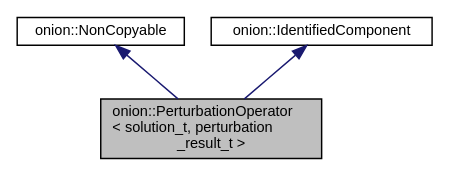
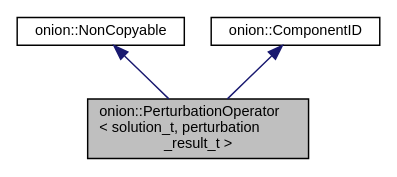
The diagram in classonion_1_1_perturbation_operator__inherit__graph.dot (OnionFramework/OnionFramework.github.io), drawn with Graphviz before and after one commit. The commit also changed 233 other files, not shown here.

```diff
--- a/classonion_1_1_perturbation_operator__inherit__graph.dot
+++ b/classonion_1_1_perturbation_operator__inherit__graph.dot
@@ -1,11 +1,11 @@
 digraph "onion::PerturbationOperator&lt; solution_t, perturbation_result_t &gt;"
 {
  // LATEX_PDF_SIZE
   edge [fontname="Helvetica",fontsize="10",labelfontname="Helvetica",labelfontsize="10"];
   node [fontname="Helvetica",fontsize="10",shape=record];
-  Node1 [label="onion::PerturbationOperator\l\< solution_t, perturbation\l_result_t \>",height=0.2,width=0.4,color="black", fillcolor="grey75", style="filled", fontcolor="black",tooltip="Defines the interface of the Perturbation Operator."];
+  Node1 [label="onion::PerturbationOperator\l\< solution_t, perturbation\l_result_t \>",height=0.2,width=0.4,color="black", fillcolor="grey75", style="filled", fontcolor="black",tooltip="Abstract Data Type that defines the Perturbation Operator."];
   Node2 -> Node1 [dir="back",color="midnightblue",fontsize="10",style="solid",fontname="Helvetica"];
   Node2 [label="onion::NonCopyable",height=0.2,width=0.4,color="black", fillcolor="white", style="filled",URL="$classonion_1_1_non_copyable.html",tooltip="Class to make other classes non-copyable."];
   Node3 -> Node1 [dir="back",color="midnightblue",fontsize="10",style="solid",fontname="Helvetica"];
-  Node3 [label="onion::IdentifiedComponent",height=0.2,width=0.4,color="black", fillcolor="white", style="filled",URL="$classonion_1_1_identified_component.html",tooltip="Onion components derive from this class in order to add identification functionality."];
+  Node3 [label="onion::ComponentID",height=0.2,width=0.4,color="black", fillcolor="white", style="filled",URL="$classonion_1_1_component_i_d.html",tooltip="Base class used to identify concrete implementations of the Onion basic components."];
 }
```
